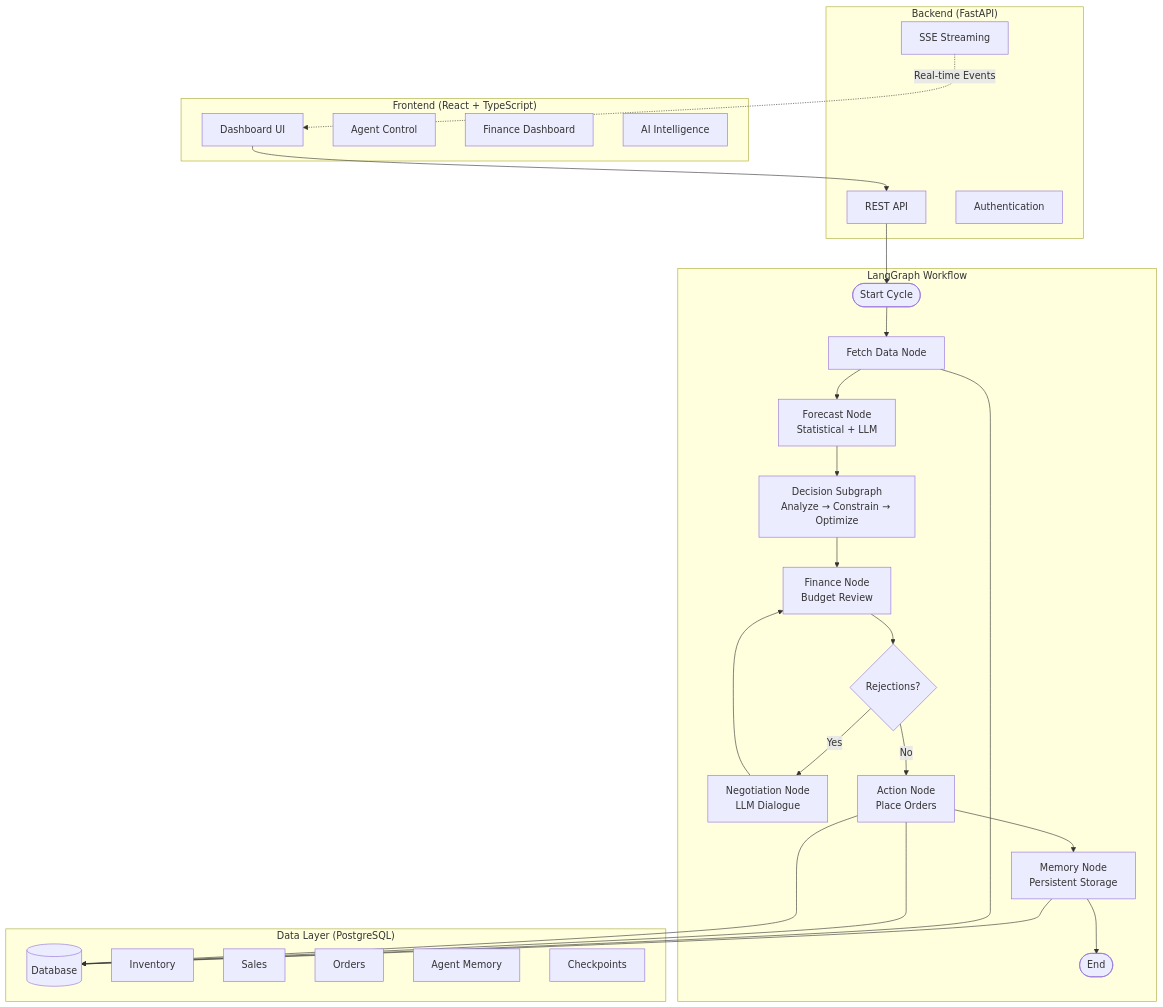
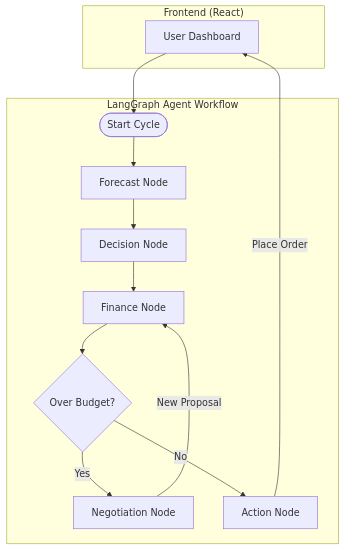
The diagram in README.md (ahmadarif238/Smart-SupplyChain-Agent), drawn with Mermaid before and after one commit. The commit also changed other lines of this file, not shown here.

````diff
--- a/README.md
+++ b/README.md
@@ -60,57 +78,26 @@
 ```mermaid
 graph TB
-    subgraph "Frontend (React + TypeScript)"
-        UI[Dashboard UI]
-        Agent[Agent Control]
-        Finance[Finance Dashboard]
-        Memory[AI Intelligence]
+    subgraph "Frontend (React)"
+        UI[User Dashboard]
     end
 
-    subgraph "Backend (FastAPI)"
-        API[REST API]
-        SSE[SSE Streaming]
-        Auth[Authentication]
+    subgraph "LangGraph Agent Workflow"
+        Start([Start Cycle])
+        Forecast[Forecast Node]
+        Decision[Decision Node]
+        Finance[Finance Node]
+        Negotiate{Over Budget?}
+        Negotiation[Negotiation Node]
+        Action[Action Node]
     end
 
-    subgraph "LangGraph Workflow"
-        Start([Start Cycle])
-        Fetch[Fetch Data Node]
-        Forecast[Forecast Node<br/>Statistical + LLM]
-        Decision[Decision Subgraph<br/>Analyze → Constrain → Optimize]
-        Finance_Node[Finance Node<br/>Budget Review]
-        Negotiate{Rejections?}
-        Negotiation[Negotiation Node<br/>LLM Dialogue]
-        Action[Action Node<br/>Place Orders]
-        Action[Action Node<br/>Place Orders]
-        Memory_Node[Memory Node<br/>Persistent Storage]
-        End([End])
-
-        Start --> Fetch
-        Fetch --> Forecast
-        Forecast --> Decision
-        Decision --> Finance_Node
-        Finance_Node --> Negotiate
-        Negotiate -->|Yes| Negotiation
-        Negotiation --> Finance_Node
-        Negotiate -->|No| Action
-        Action --> Memory_Node
-        Memory_Node --> End
-    end
-
-    subgraph "Data Layer (PostgreSQL)"
-        DB[(Database)]
-        Inventory[Inventory]
-        Sales[Sales]
-        Orders[Orders]
-        Memory_DB[Agent Memory]
-        Checkpoints[Checkpoints]
-    end
-
-    UI --> API
-    API --> Start
-    SSE -.->|Real-time Events| UI
-    Memory_Node --> DB
-    Fetch --> DB
-    Action --> DB
-    Action --> DB
+    UI --> Start
+    Start --> Forecast
+    Forecast --> Decision
+    Decision --> Finance
+    Finance --> Negotiate
+    Negotiate -->|Yes| Negotiation
+    Negotiation -->|New Proposal| Finance
+    Negotiate -->|No| Action
+    Action -->|Place Order| UI
 ```
````
